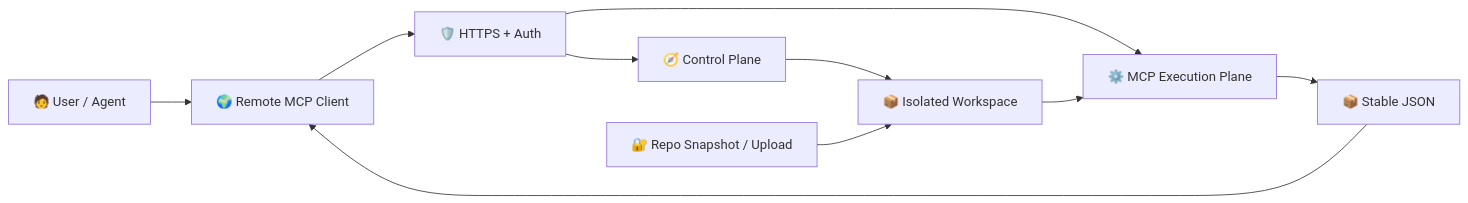
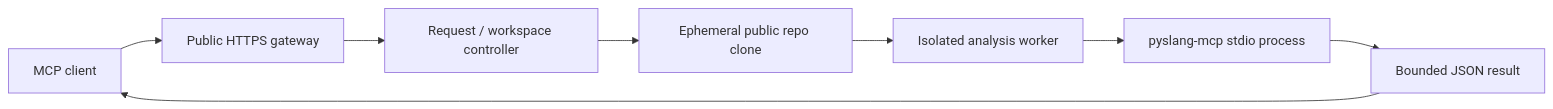
One commit to ariklapid/pyslang-mcp changed the first of 2 diagrams in REMOTE_DEPLOYMENT.md. Above: the diagram before and after it, drawn with Mermaid. The commit also changed other lines of this file and 20 other files, not shown here.

````diff
--- a/REMOTE_DEPLOYMENT.md
+++ b/REMOTE_DEPLOYMENT.md
@@ -66,21 +77,10 @@
 ```mermaid
 flowchart LR
-    User["🧑 User / Agent"]
-    Client["🌍 Remote MCP Client"]
-    Edge["🛡️ HTTPS + Auth"]
-    Control["🧭 Control Plane"]
-    Workspace["📦 Isolated Workspace"]
-    Exec["⚙️ MCP Execution Plane"]
-    Repo["🔐 Repo Snapshot / Upload"]
-    JSON["📦 Stable JSON"]
-
-    User --> Client
-    Client --> Edge
-    Edge --> Control
-    Edge --> Exec
-    Control --> Workspace
-    Repo --> Workspace
-    Workspace --> Exec
-    Exec --> JSON
-    JSON --> Client
+    Client["MCP client"] --> Gateway["Public HTTPS gateway"]
+    Gateway --> Control["Request / workspace controller"]
+    Control --> Clone["Ephemeral public repo clone"]
+    Clone --> Worker["Isolated analysis worker"]
+    Worker --> Server["pyslang-mcp stdio process"]
+    Server --> Result["Bounded JSON result"]
+    Result --> Client
 ```
````
